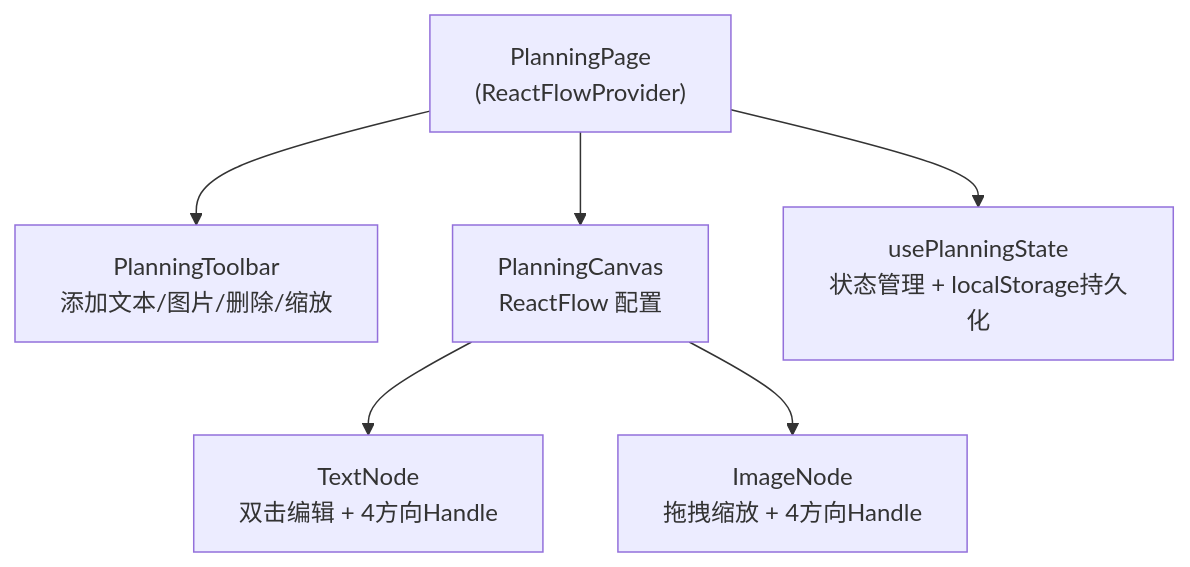
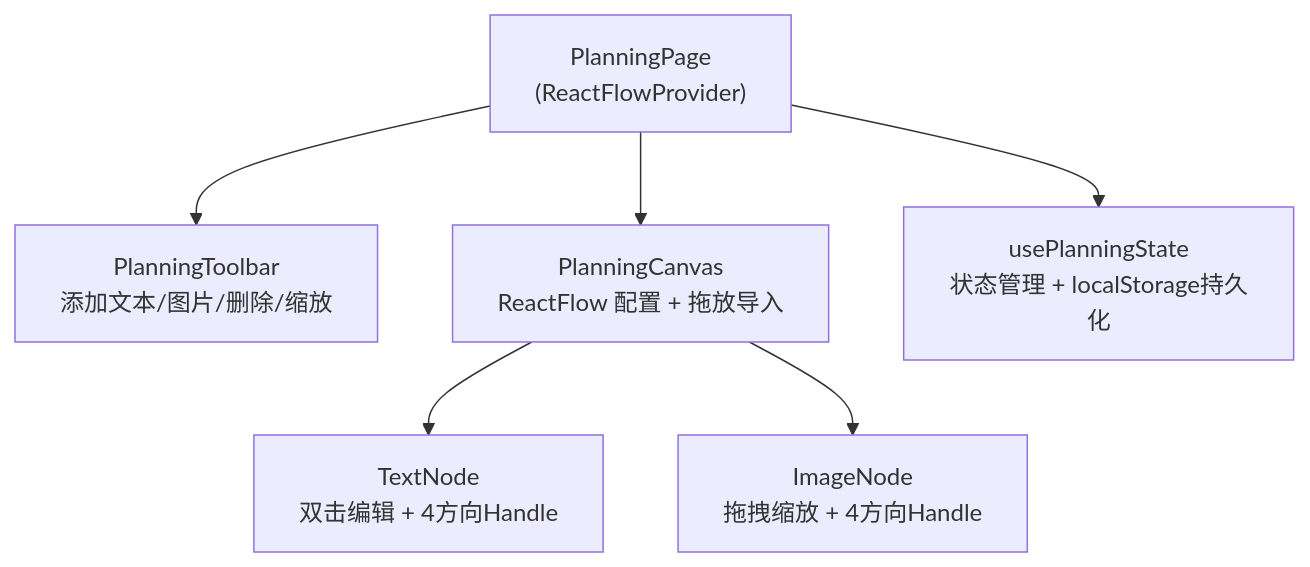
Before and after one commit to LavaTap/Lightbulb-AI: the fourth of 10 diagrams in DEVELOPER.md, drawn with Mermaid. The commit also changed other lines of this file and 4 other files, not shown here.

````diff
--- a/DEVELOPER.md
+++ b/DEVELOPER.md
@@ -614,8 +614,8 @@
 ```mermaid
 flowchart TD
     PP["PlanningPage<br/>(ReactFlowProvider)"] --> PT["PlanningToolbar<br/>添加文本/图片/删除/缩放"]
-    PP --> PC["PlanningCanvas<br/>ReactFlow 配置"]
+    PP --> PC["PlanningCanvas<br/>ReactFlow 配置 + 拖放导入"]
     PC --> TN["TextNode<br/>双击编辑 + 4方向Handle"]
     PC --> IN["ImageNode<br/>拖拽缩放 + 4方向Handle"]
     PP --> UPS["usePlanningState<br/>状态管理 + localStorage持久化"]
 ```
````
